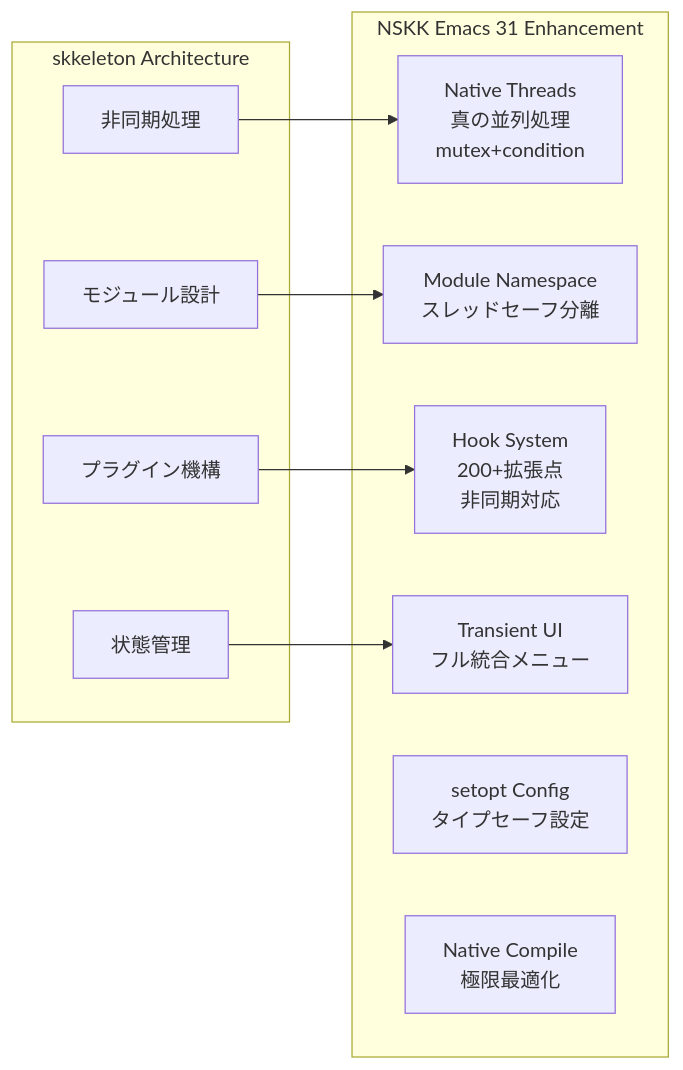
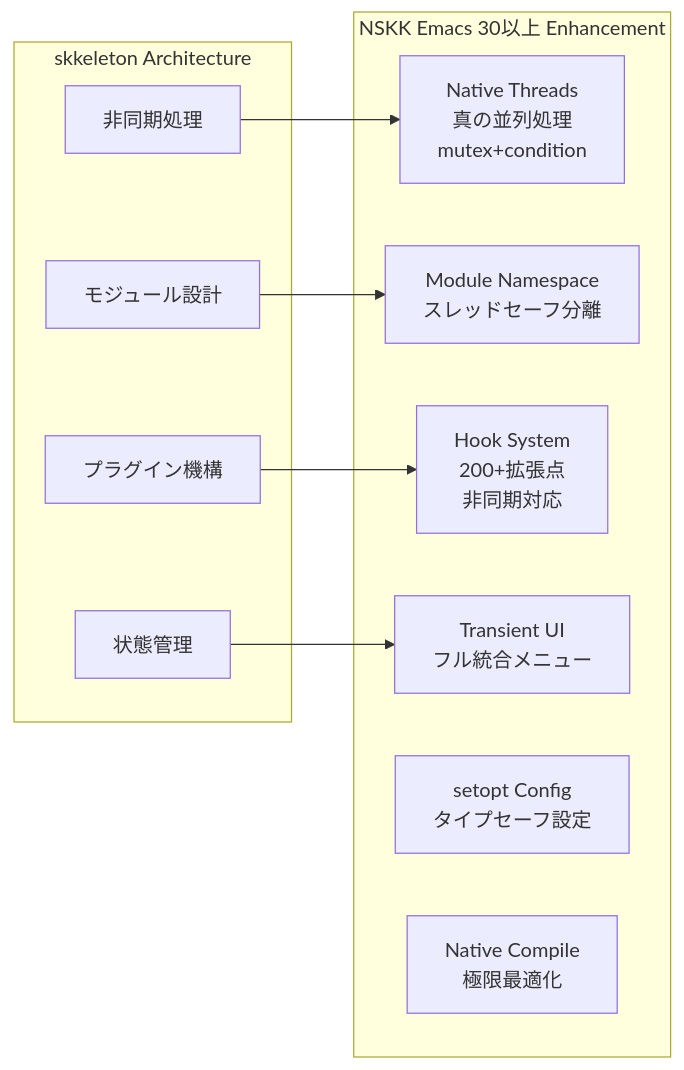
The second of 15 diagrams in docs/explanation/comprehensive-architecture-overview.md (takeokunn/nskk.el), drawn with Mermaid before and after one commit. The commit also changed other lines of this file and 240 other files, not shown here.

````diff
--- a/docs/explanation/comprehensive-architecture-overview.md
+++ b/docs/explanation/comprehensive-architecture-overview.md
@@ -111,23 +111,23 @@
 ```mermaid
 graph LR
     subgraph "skkeleton Architecture"
         SKEL_ASYNC[非同期処理]
         SKEL_MODULE[モジュール設計]
         SKEL_PLUGIN[プラグイン機構]
         SKEL_STATE[状態管理]
     end
 
-    subgraph "NSKK Emacs 31 Enhancement"
+    subgraph "NSKK Emacs 30以上 Enhancement"
         NSKK_THREAD[Native Threads<br/>真の並列処理<br/>mutex+condition]
         NSKK_NAMESPACE[Module Namespace<br/>スレッドセーフ分離]
         NSKK_HOOK[Hook System<br/>200+拡張点<br/>非同期対応]
         NSKK_TRANSIENT[Transient UI<br/>フル統合メニュー]
         NSKK_SETOPT[setopt Config<br/>タイプセーフ設定]
         NSKK_NATIVE[Native Compile<br/>極限最適化]
     end
 
     SKEL_ASYNC --> NSKK_THREAD
     SKEL_MODULE --> NSKK_NAMESPACE
     SKEL_PLUGIN --> NSKK_HOOK
     SKEL_STATE --> NSKK_TRANSIENT
 ```
````
